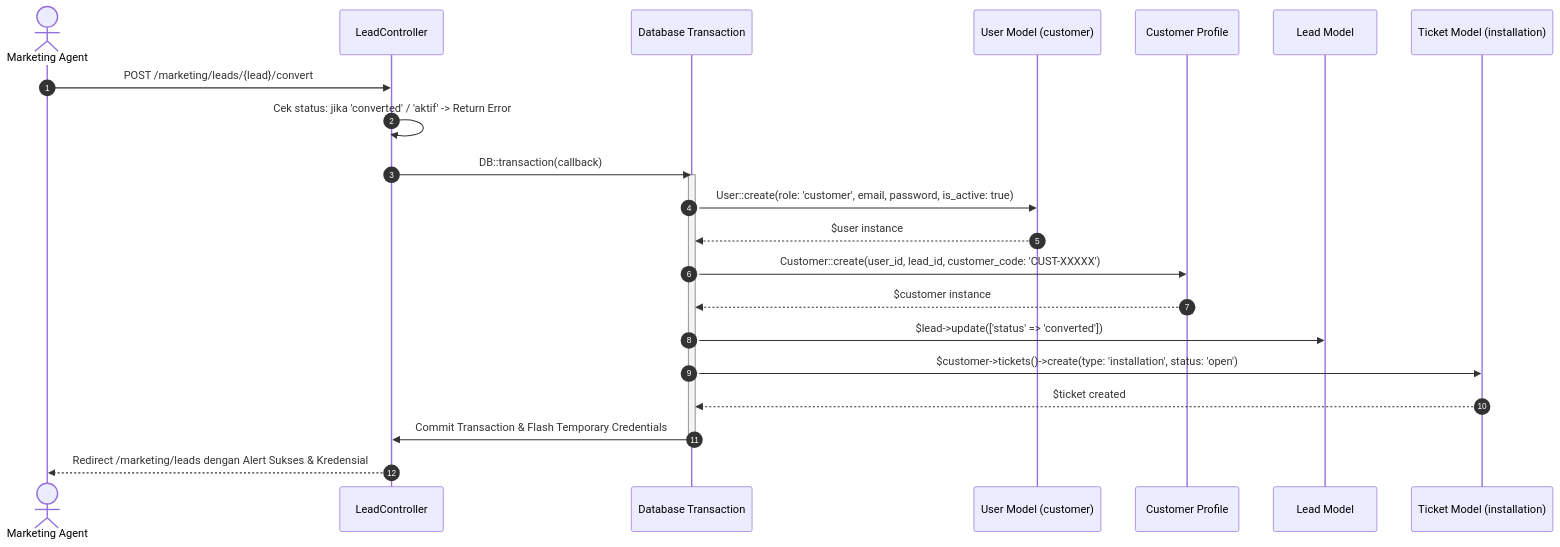
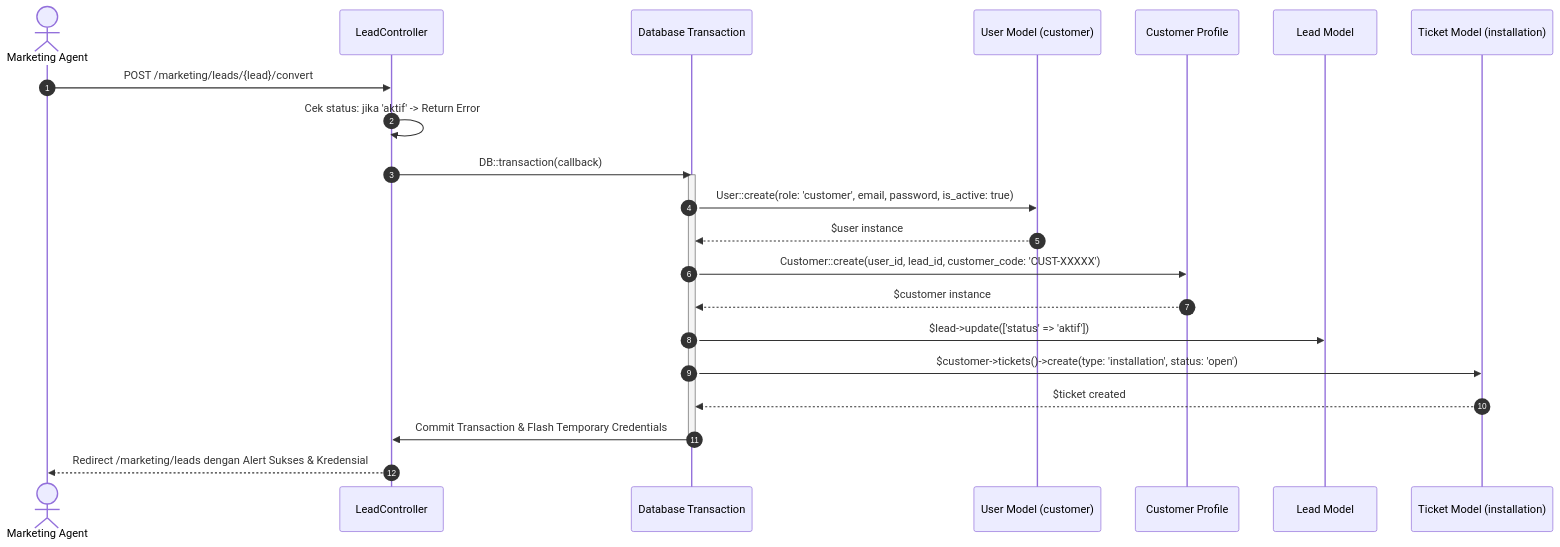
Before and after one commit to Justrifkyy/NetManagement: the diagram in audit/MARKETING_TERITORY.md, drawn with Mermaid. The commit also changed other lines of this file and 24 other files, not shown here.

````diff
--- a/audit/MARKETING_TERITORY.md
+++ b/audit/MARKETING_TERITORY.md
@@ -115,26 +115,26 @@
 ```mermaid
 sequenceDiagram
     autonumber
     actor M as Marketing Agent
     participant C as LeadController
     participant DB as Database Transaction
     participant U as User Model (customer)
     participant Cust as Customer Profile
     participant L as Lead Model
     participant T as Ticket Model (installation)
 
     M->>C: POST /marketing/leads/{lead}/convert
-    C->>C: Cek status: jika 'converted' / 'aktif' -> Return Error
+    C->>C: Cek status: jika 'aktif' -> Return Error
     C->>DB: DB::transaction(callback)
     activate DB
     DB->>U: User::create(role: 'customer', email, password, is_active: true)
     U-->>DB: $user instance
     DB->>Cust: Customer::create(user_id, lead_id, customer_code: 'CUST-XXXXX')
     Cust-->>DB: $customer instance
-    DB->>L: $lead->update(['status' => 'converted'])
+    DB->>L: $lead->update(['status' => 'aktif'])
     DB->>T: $customer->tickets()->create(type: 'installation', status: 'open')
     T-->>DB: $ticket created
     DB->>C: Commit Transaction & Flash Temporary Credentials
     deactivate DB
     C-->>M: Redirect /marketing/leads dengan Alert Sukses & Kredensial
 ```
````
